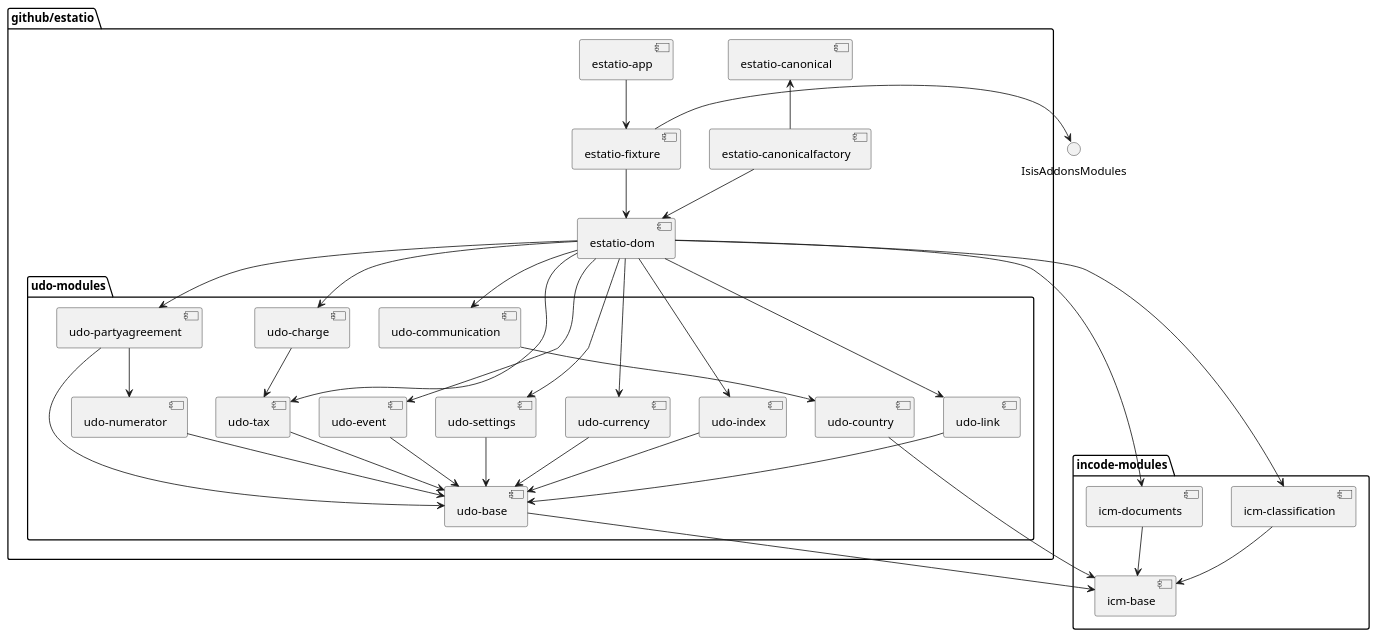
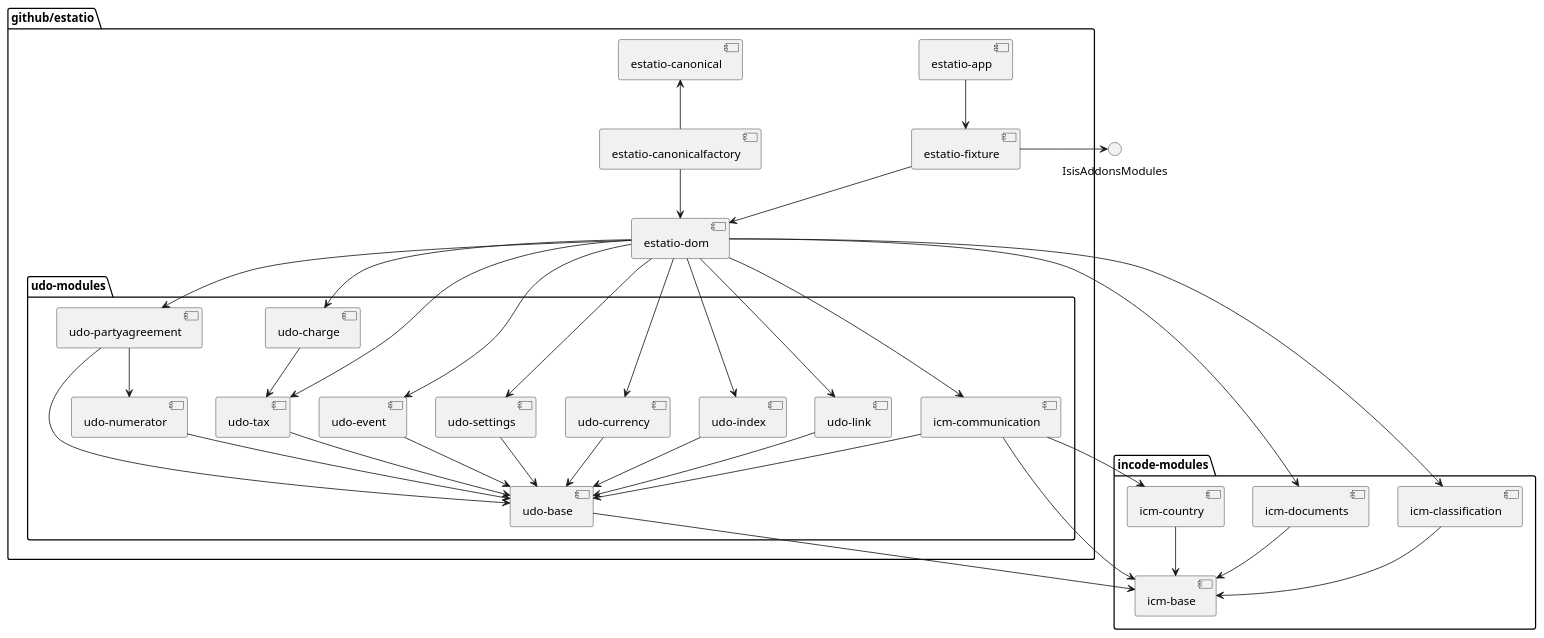
The second of 3 diagrams in README.adoc (incodehq/developers-guide), drawn with PlantUML before and after one commit. The commit also changed other lines of this file and 5 other files, not shown here.

```diff
--- a/README.adoc
+++ b/README.adoc
@@ -99,65 +99,69 @@
 [plantuml, {_imagesdir}/estatio-and-modules, png]
 ....
 package "github/estatio" {
     [estatio-app]
     [estatio-canonicalfactory]
     [estatio-canonical]
     [estatio-fixture]
     [estatio-dom]
 
     [estatio-app] --> [estatio-fixture]
     [estatio-fixture] --> [estatio-dom]
 
     [estatio-canonicalfactory] -up-> [estatio-canonical]
     [estatio-canonicalfactory] --> [estatio-dom]
 
     package "udo-modules" {
         [udo-base]
         [udo-charge]
 
         [udo-charge] --> [udo-tax]
         [udo-partyagreement] --> [udo-numerator]
 
-        [udo-communication]
-        [udo-country]
+        [icm-communication]
 
         [udo-currency] --> [udo-base]
         [udo-index] --> [udo-base]
         [udo-link] --> [udo-base]
         [udo-numerator] --> [udo-base]
         [udo-partyagreement] --> [udo-base]
         [udo-tax] --> [udo-base]
         [udo-event] --> [udo-base]
         [udo-settings] --> [udo-base]
 
-        [udo-communication] --> [udo-country]
+        [icm-communication] --> [udo-base]
     }
 
     [estatio-dom] --> [udo-charge]
     [estatio-dom] --> [udo-currency]
     [estatio-dom] --> [udo-index]
     [estatio-dom] --> [udo-link]
     [estatio-dom] --> [udo-partyagreement]
     [estatio-dom] --> [udo-tax]
     [estatio-dom] --> [udo-event]
     [estatio-dom] --> [udo-settings]
-    [estatio-dom] --> [udo-communication]
+    [estatio-dom] --> [icm-communication]
 
 }
 
 
 package "incode-modules" {
     [icm-base]
     [icm-documents] --> [icm-base]
     [icm-classification] --> [icm-base]
+    [icm-country] --> [icm-base]
 }
 
 
 [estatio-dom] --> [icm-documents]
 [estatio-dom] --> [icm-classification]
 
 [udo-base] --> [icm-base]
-[udo-country] --> [icm-base]
+
+
+[icm-communication] --> [icm-country]
+[icm-communication] --> [icm-base]
+
 
 [estatio-fixture] -right-> IsisAddonsModules
 ....
```
